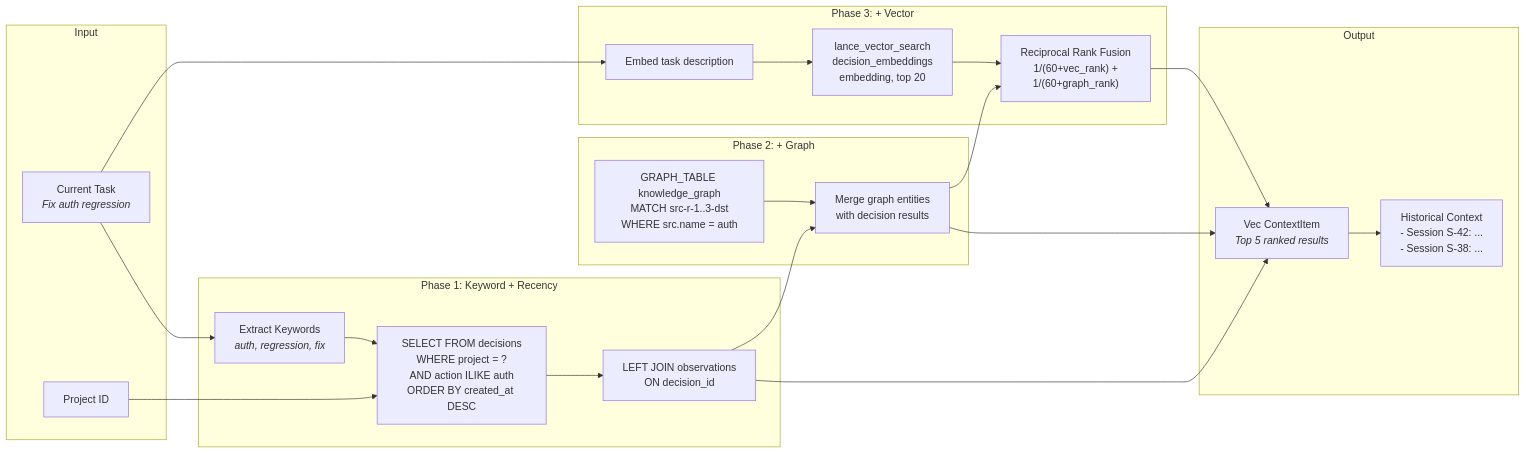
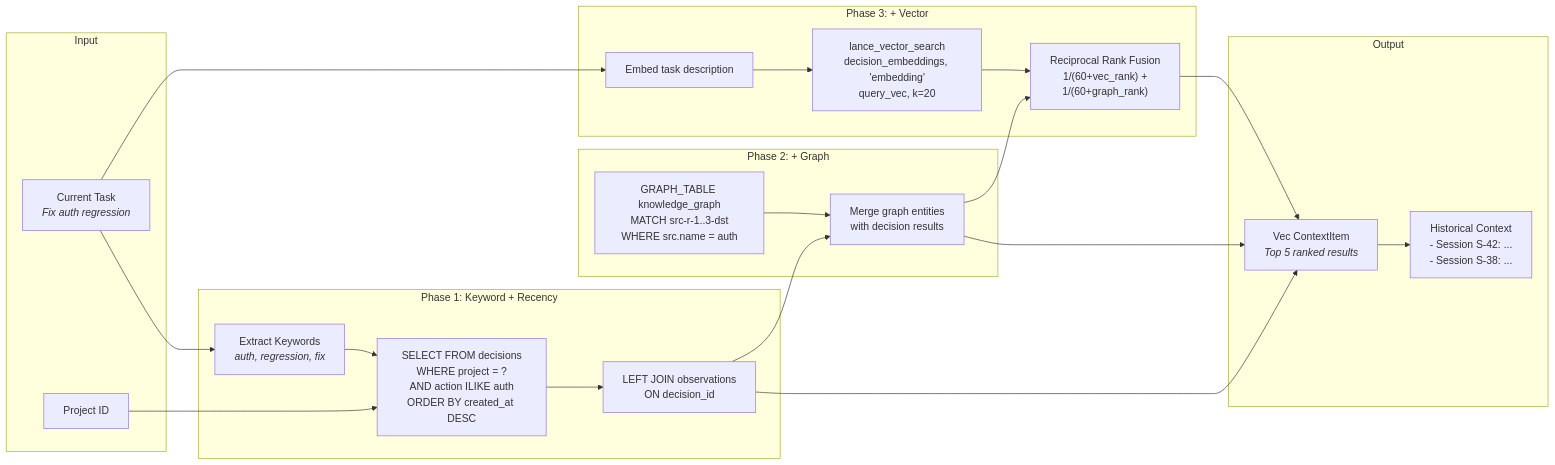
Before and after one commit to getspur/spur: the third of 6 diagrams in docs/superpowers/specs/2026-04-13-spur-context-engine-design.md, drawn with Mermaid. The commit also changed other lines of this file and 1 other file, not shown here.

````diff
--- a/docs/superpowers/specs/2026-04-13-spur-context-engine-design.md
+++ b/docs/superpowers/specs/2026-04-13-spur-context-engine-design.md
@@ -184,37 +338,37 @@
 ```mermaid
 flowchart LR
     subgraph "Input"
         TASK[Current Task<br/><i>Fix auth regression</i>]
         PROJ[Project ID]
     end
 
     subgraph "Phase 1: Keyword + Recency"
         KW[Extract Keywords<br/><i>auth, regression, fix</i>]
         Q1["SELECT FROM decisions<br/>WHERE project = ?<br/>AND action ILIKE auth<br/>ORDER BY created_at DESC"]
         J1["LEFT JOIN observations<br/>ON decision_id"]
     end
 
     subgraph "Phase 2: + Graph"
         Q2["GRAPH_TABLE knowledge_graph<br/>MATCH src-r-1..3-dst<br/>WHERE src.name = auth"]
         MERGE1[Merge graph entities<br/>with decision results]
     end
 
     subgraph "Phase 3: + Vector"
         EMB[Embed task description]
-        Q3["lance_vector_search<br/>decision_embeddings<br/>embedding, top 20"]
+        Q3["lance_vector_search<br/>decision_embeddings, 'embedding'<br/>query_vec, k=20"]
         RRF["Reciprocal Rank Fusion<br/>1/(60+vec_rank) +<br/>1/(60+graph_rank)"]
     end
 
     subgraph "Output"
         CTX["Vec ContextItem<br/><i>Top 5 ranked results</i>"]
         PROMPT["Historical Context<br/>- Session S-42: ...<br/>- Session S-38: ..."]
     end
 
     TASK --> KW --> Q1 --> J1 --> CTX
     PROJ --> Q1
     J1 --> MERGE1
     Q2 --> MERGE1 --> CTX
     TASK --> EMB --> Q3 --> RRF
     MERGE1 --> RRF --> CTX
     CTX --> PROMPT
 ```
````
